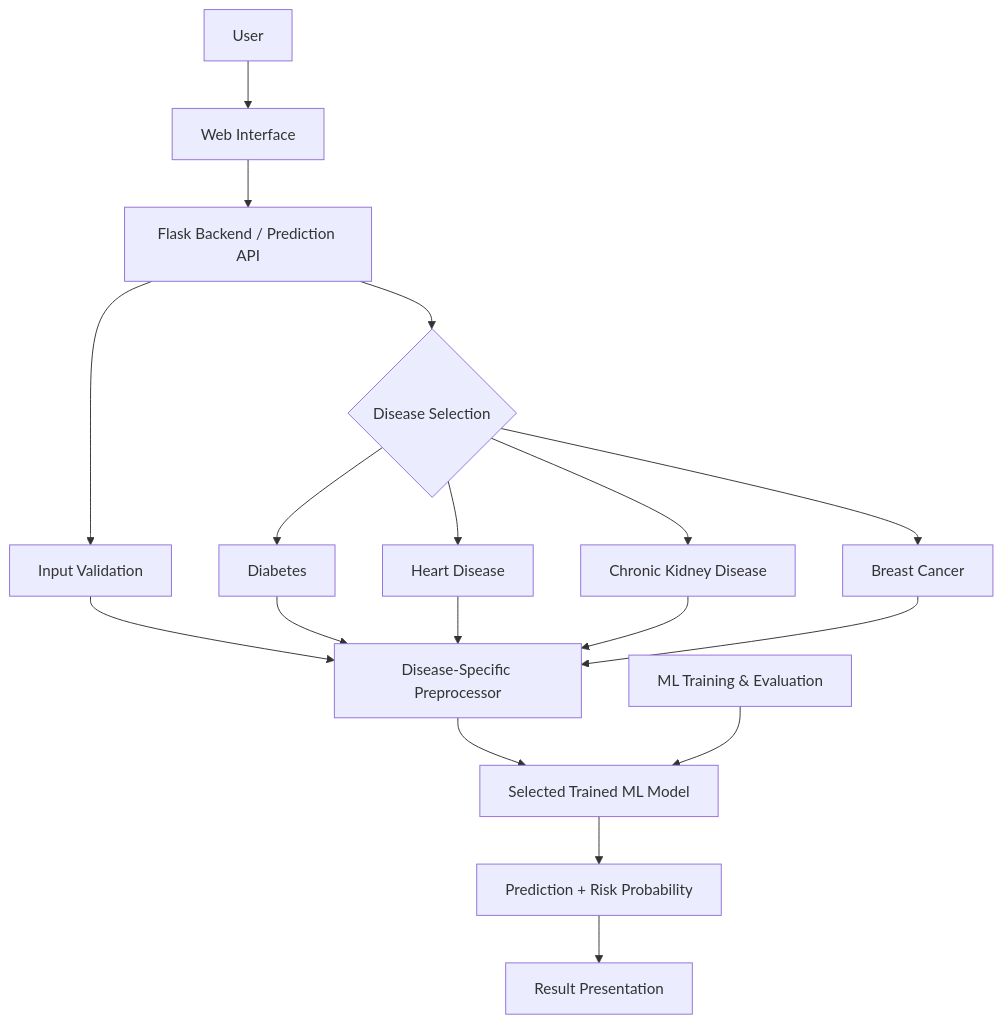
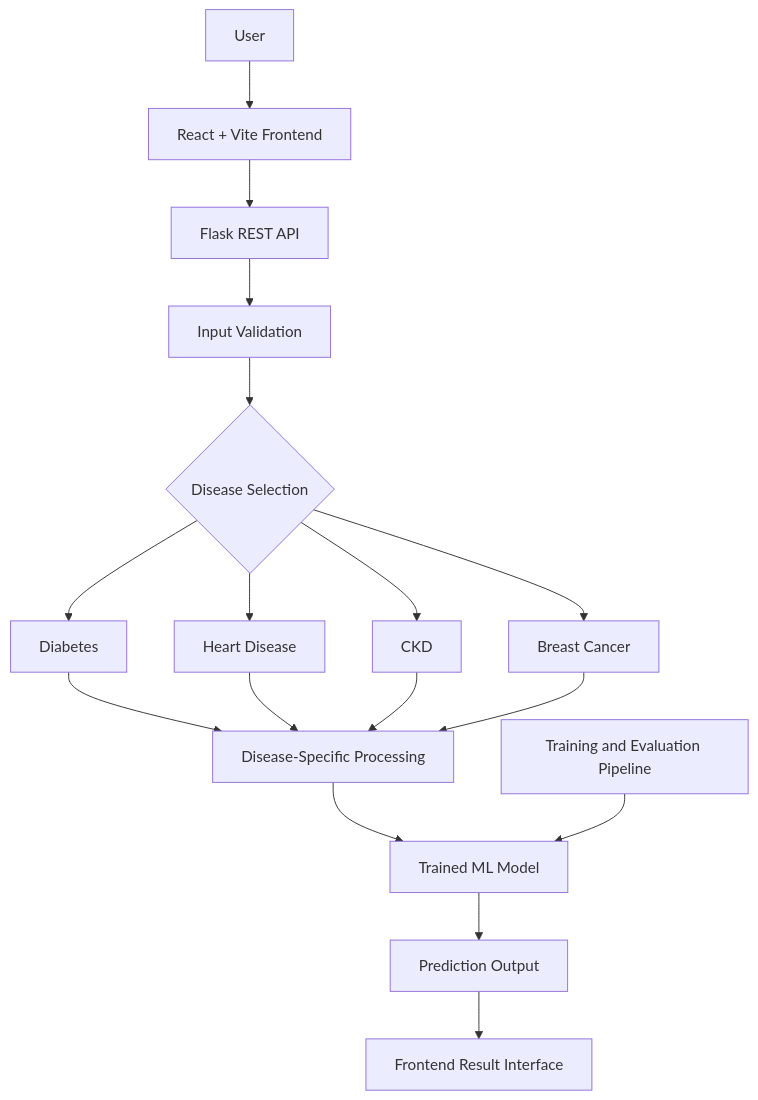
Before and after one commit to devloperdevesh/ai-multidisease-prediction: the diagram in README.md, drawn with Mermaid. The commit also changed other lines of this file and 5 other files, not shown here.

````diff
--- a/README.md
+++ b/README.md
@@ -141,26 +169,23 @@
 ```mermaid
 flowchart TD
-    A[User] --> B[Web Interface]
-    B --> C[Flask Backend / Prediction API]
+    A[User] --> B[React + Vite Frontend]
+    B --> C[Flask REST API]
+    C --> D[Input Validation]
+    D --> E{Disease Selection}
 
-    C --> D{Disease Selection}
-    C --> E[Input Validation]
+    E --> F[Diabetes]
+    E --> G[Heart Disease]
+    E --> H[CKD]
+    E --> I[Breast Cancer]
 
-    D --> F[Diabetes]
-    D --> G[Heart Disease]
-    D --> H[Chronic Kidney Disease]
-    D --> I[Breast Cancer]
-
-    E --> J[Disease-Specific Preprocessor]
-
-    F --> J
+    F --> J[Disease-Specific Processing]
     G --> J
     H --> J
     I --> J
 
-    J --> K[Selected Trained ML Model]
-    K --> L[Prediction + Risk Probability]
-    L --> M[Result Presentation]
+    J --> K[Trained ML Model]
+    K --> L[Prediction Output]
+    L --> M[Frontend Result Interface]
 
-    N[ML Training & Evaluation] --> K
+    N[Training and Evaluation Pipeline] --> K
 ```
````
